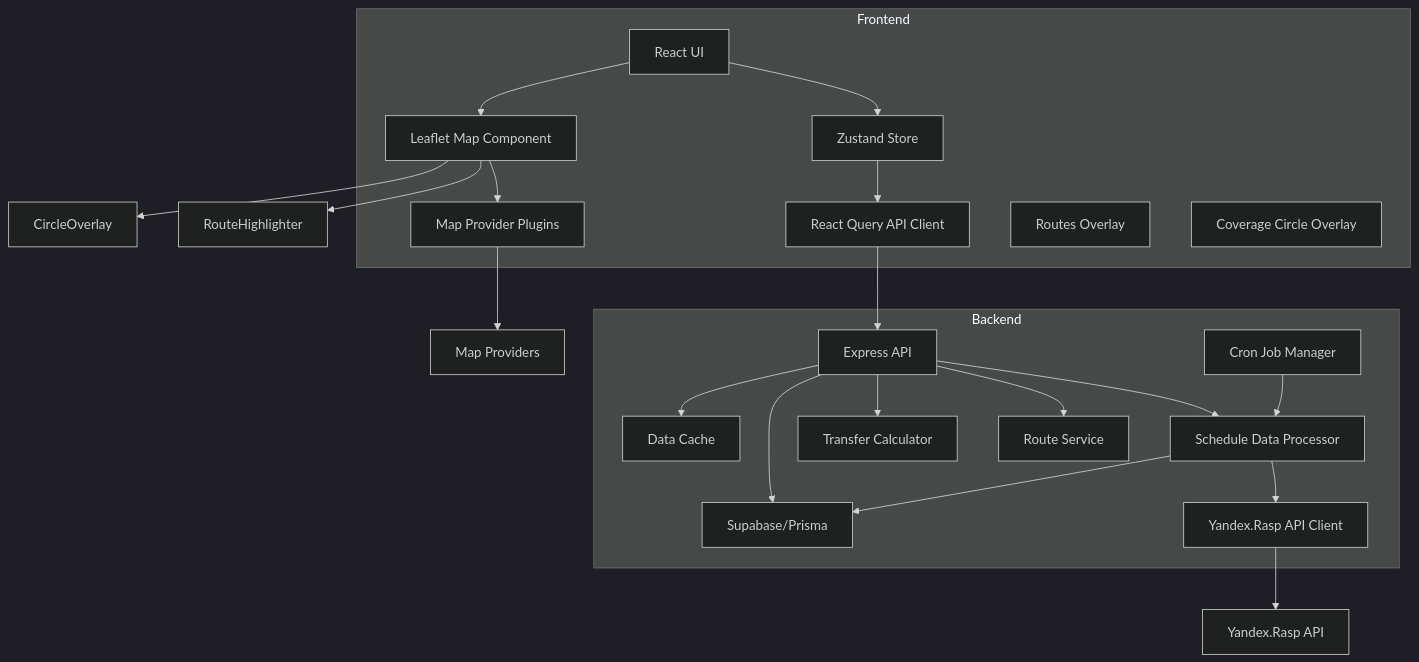
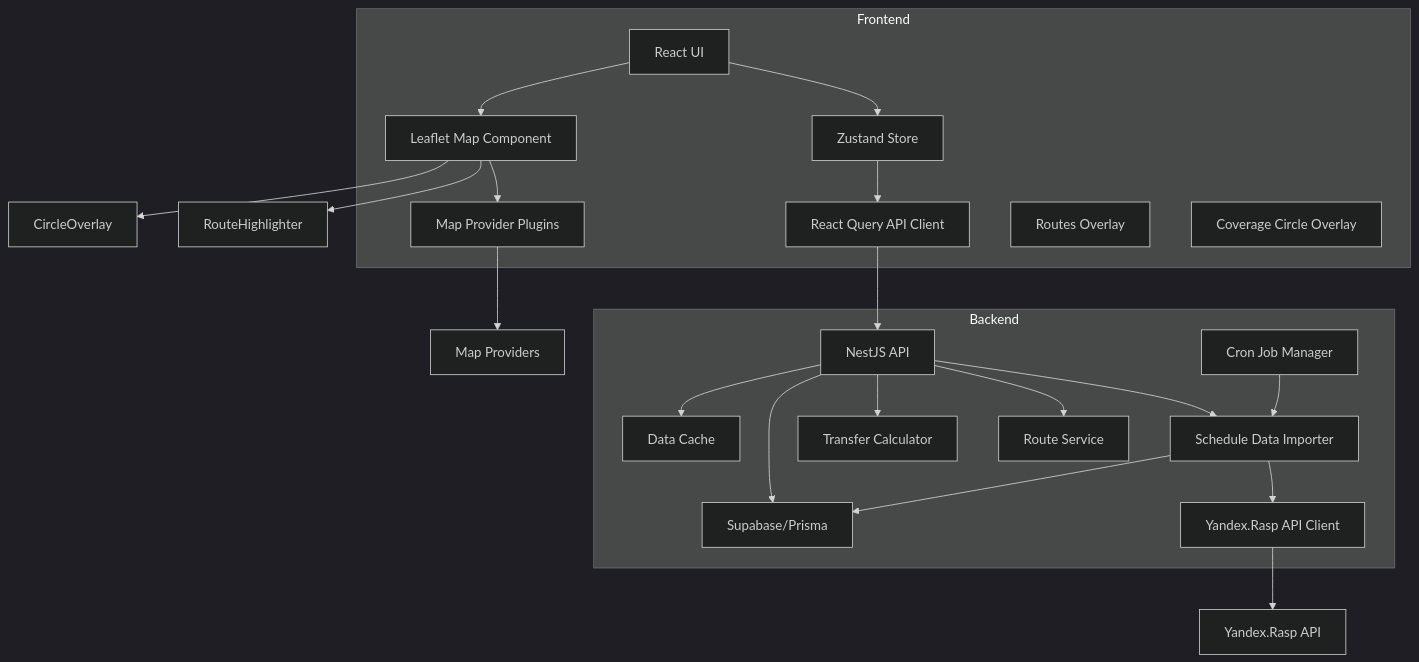
One commit to stone-w4tch3r/where2 changed the first of 6 diagrams in docs/arch.md. Above: the diagram before and after it, drawn with Mermaid (dark theme). The commit also changed other lines of this file and 8 other files, not shown here.

Commit message:
1. data processor -> data imported 2. update outdated arch docs

````diff
--- a/docs/arch.md
+++ b/docs/arch.md
@@ -3,44 +3,44 @@
 ```mermaid
 flowchart TD
     subgraph "Frontend"
         UI[React UI]
         MapComponent[Leaflet Map Component]
         StateManagement[Zustand Store]
         APIClient[React Query API Client]
         MapPlugins[Map Provider Plugins]
         RoutesOverlay[Routes Overlay]
         CoverageCircle[Coverage Circle Overlay]
     end
 
     subgraph "Backend"
-        API[Express API]
-        DataProcessor[Schedule Data Processor]
+        API[NestJS API]
+        DataImporter[Schedule Data Importer]
         CronJobManager[Cron Job Manager]
         ExternalAPI[Yandex.Rasp API Client]
         Cache[Data Cache]
         DB[Supabase/Prisma]
         RouteService[Route Service]
         TransferCalculator[Transfer Calculator]
     end
 
     ExternalSources[Yandex.Rasp API]
     MapProviders[Map Providers]
 
     UI --> StateManagement
     UI --> MapComponent
     MapComponent --> MapPlugins
     MapComponent --> RouteHighlighter
     MapComponent --> CircleOverlay
     MapPlugins --> MapProviders
     StateManagement --> APIClient
     APIClient --> API
-    API --> DataProcessor
+    API --> DataImporter
     API --> RouteService
     API --> TransferCalculator
-    CronJobManager --> DataProcessor
-    DataProcessor --> ExternalAPI
+    CronJobManager --> DataImporter
+    DataImporter --> ExternalAPI
     ExternalAPI --> ExternalSources
-    DataProcessor --> DB
+    DataImporter --> DB
     API --> DB
     API --> Cache
 ```
````
